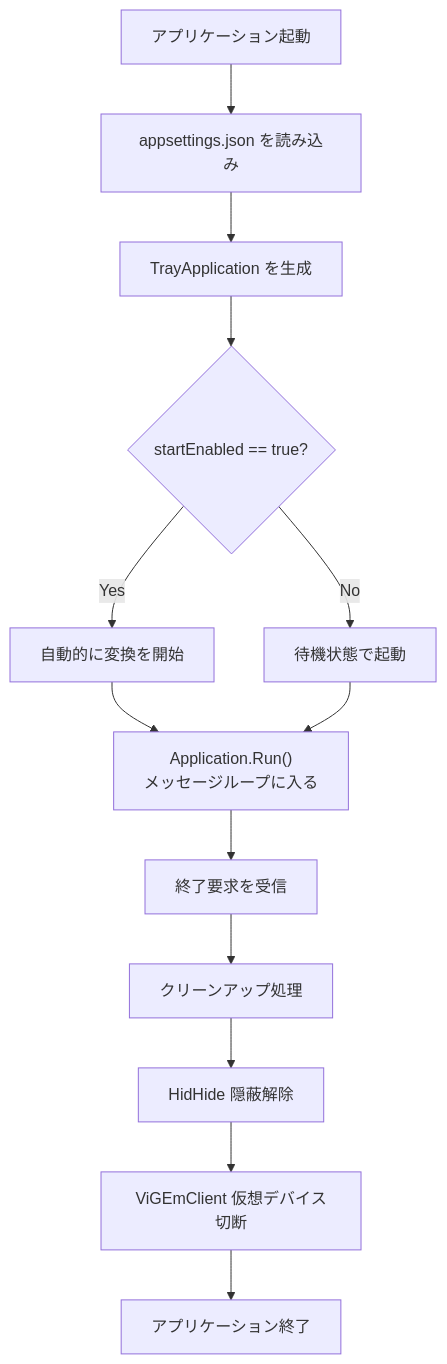
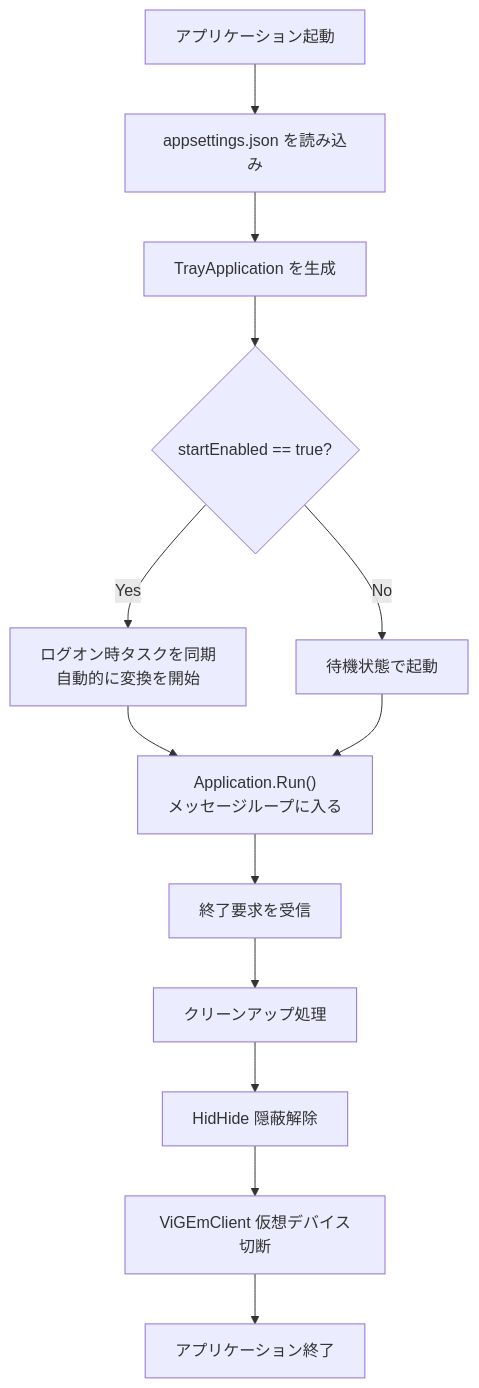
One commit to jtkjp06/ds4xbox changed the second of 4 diagrams in docs/IMPLEMENTATION.md. Above: the diagram before and after it, drawn with Mermaid. The commit also changed other lines of this file and 4 other files, not shown here.

````diff
--- a/docs/IMPLEMENTATION.md
+++ b/docs/IMPLEMENTATION.md
@@ -347,15 +347,15 @@
 ```mermaid
 graph TD
     A["アプリケーション起動"] --> B["appsettings.json を読み込み"]
     B --> C["TrayApplication を生成"]
     C --> D{"startEnabled == true?"}
-    D -->|Yes| E["自動的に変換を開始"]
+    D -->|Yes| E["ログオン時タスクを同期<br/>自動的に変換を開始"]
     D -->|No| F["待機状態で起動"]
     E --> G["Application.Run()<br/>メッセージループに入る"]
     F --> G
     G --> H["終了要求を受信"]
     H --> I["クリーンアップ処理"]
     I --> J["HidHide 隠蔽解除"]
     J --> K["ViGEmClient 仮想デバイス切断"]
     K --> L["アプリケーション終了"]
 ```
````
